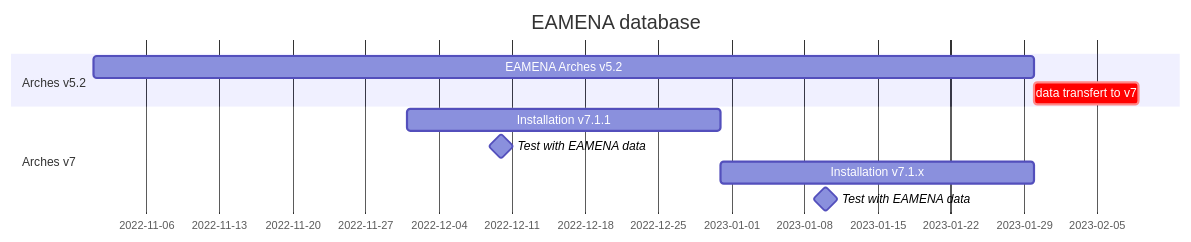
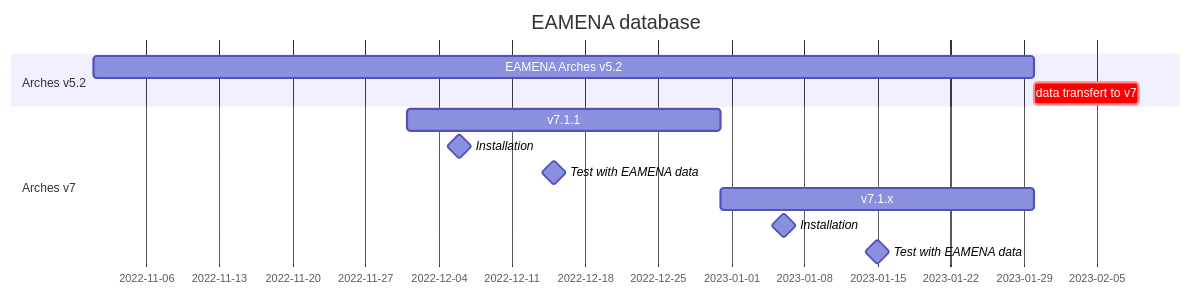
One commit to eamena-project/eamena-arches-dev changed the first of 2 diagrams in dbs/database.eamena/README.md. Above: the diagram before and after it, drawn with Mermaid.

Commit message:
workflow Arches v5 v7

````diff
--- a/dbs/database.eamena/README.md
+++ b/dbs/database.eamena/README.md
@@ -5,13 +5,15 @@
 ```mermaid
 gantt
     title EAMENA database
     dateFormat  YYYY-MM-DD
     section Arches v5.2
     EAMENA Arches v5.2       : a0, 2022-11-01, 90d
     data transfert to v7     : crit, after a0, 10d
     section Arches v7
-    Installation v7.1.1      : a1, 2022-12-01, 30d
-    Test with EAMENA data    : milestone, m1, 2022-12-05, 10d
-    Installation v7.1.x      : after a1, 30d
-    Test with EAMENA data    : milestone, m2, 2023-01-05, 10d
+    v7.1.1                   : a1, 2022-12-01, 30d
+    Installation             : milestone, m0, 2022-12-01, 10d
+    Test with EAMENA data    : milestone, m1, 2022-12-10, 10d
+    v7.1.x                   : after a1, 30d
+    Installation             : milestone, m2, 2023-01-01, 10d
+    Test with EAMENA data    : milestone, m3, 2023-01-10, 10d
 ```
````
